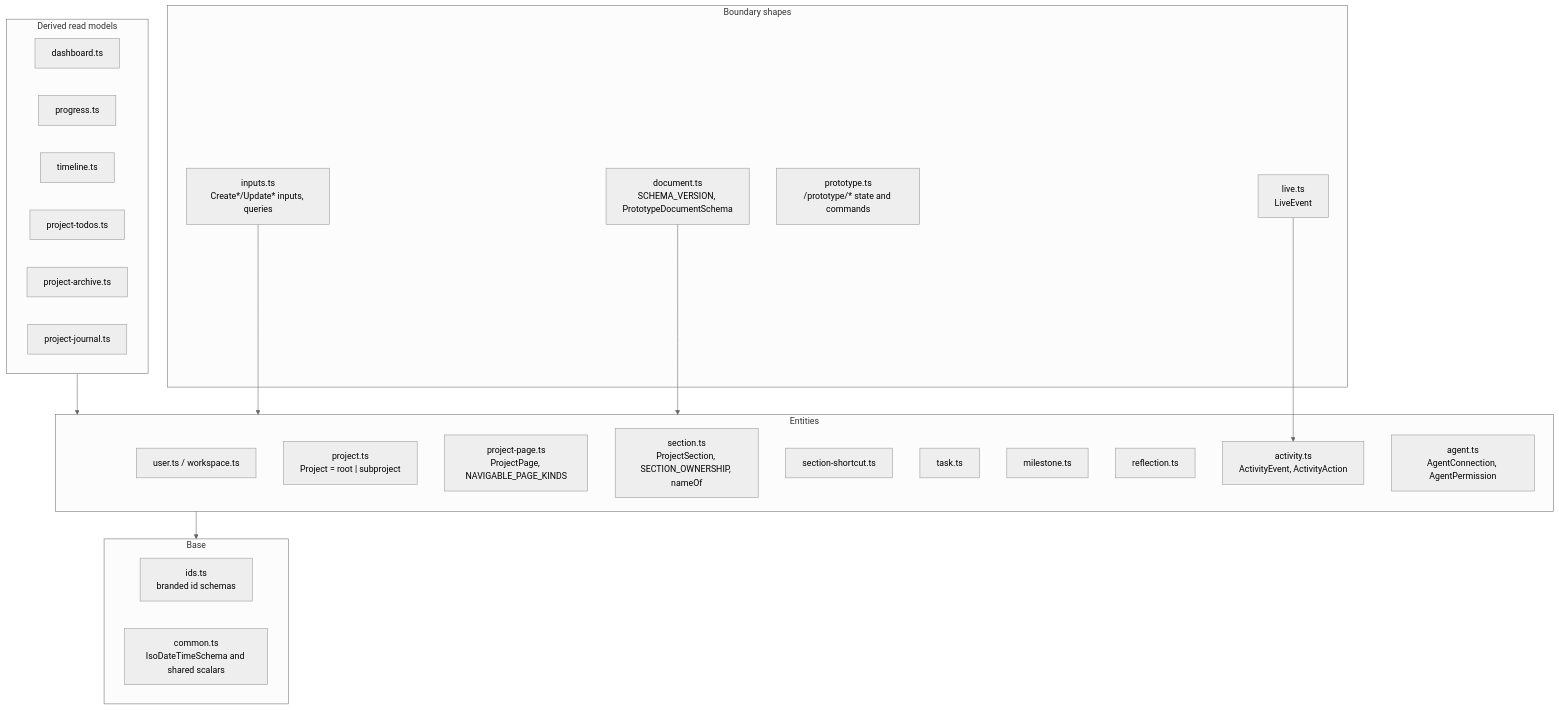
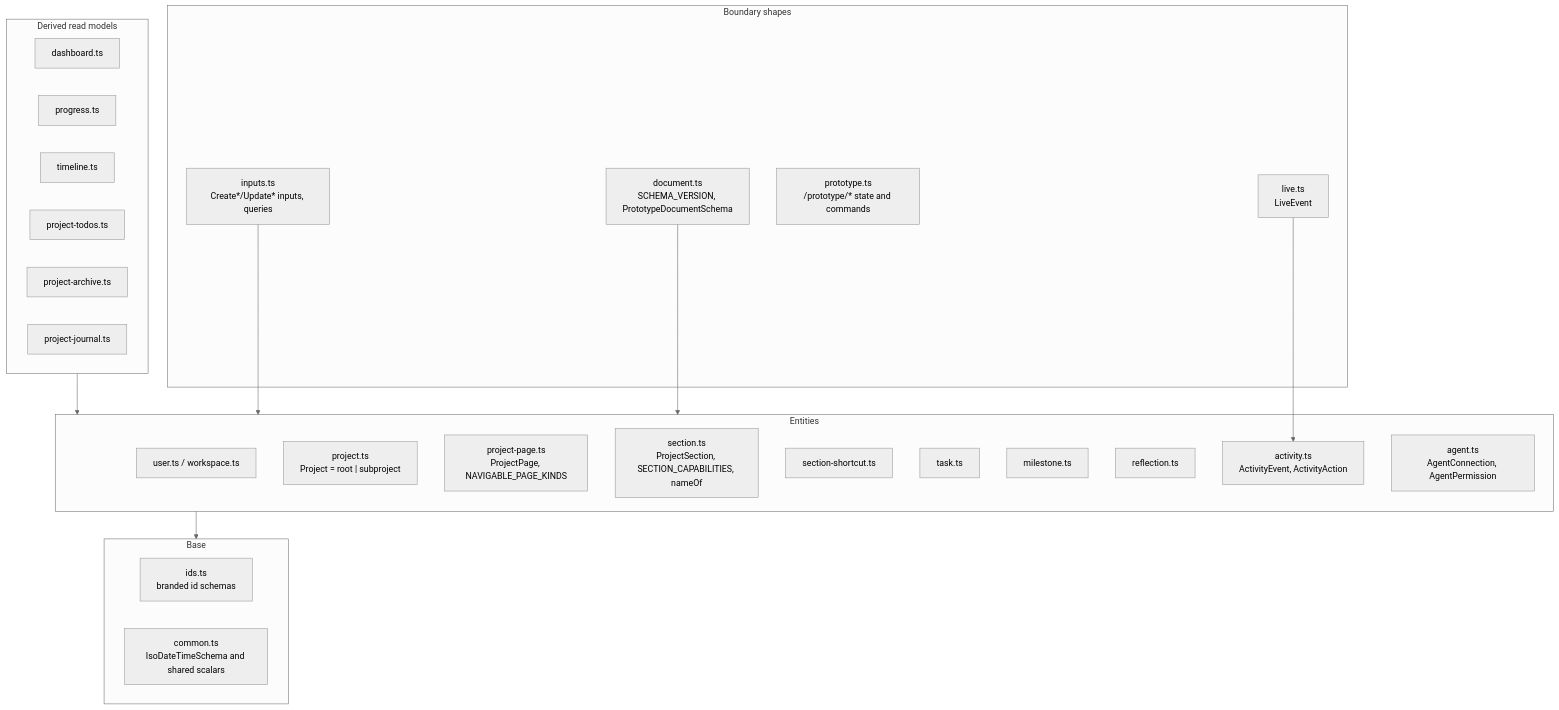
One commit to CalciteDragon/Canvas-work-manager-prototype changed the first of 2 diagrams in docs/architecture/contracts/what.md. Above: the diagram before and after it, drawn with Mermaid (neutral theme). The commit also changed other lines of this file and 20 other files, not shown here.

Commit message:
docs(29): landed content-oriented Archive in spec §§29-32/54, architecture, guide and decisions

````diff
--- a/docs/architecture/contracts/what.md
+++ b/docs/architecture/contracts/what.md
@@ -5,38 +5,38 @@
 ```mermaid
 flowchart TB
   subgraph base["Base"]
     ids["ids.ts<br/>branded id schemas"]
     common["common.ts<br/>IsoDateTimeSchema and shared scalars"]
   end
   subgraph entities["Entities"]
     user["user.ts / workspace.ts"]
     project["project.ts<br/>Project = root | subproject"]
     page["project-page.ts<br/>ProjectPage, NAVIGABLE_PAGE_KINDS"]
-    section["section.ts<br/>ProjectSection, SECTION_OWNERSHIP, nameOf"]
+    section["section.ts<br/>ProjectSection, SECTION_CAPABILITIES, nameOf"]
     shortcut["section-shortcut.ts"]
     task["task.ts"]
     milestone["milestone.ts"]
     reflection["reflection.ts"]
     activity["activity.ts<br/>ActivityEvent, ActivityAction"]
     agent["agent.ts<br/>AgentConnection, AgentPermission"]
   end
   subgraph derived["Derived read models"]
     dashboard["dashboard.ts"]
     progress["progress.ts"]
     timeline["timeline.ts"]
     todos["project-todos.ts"]
     archive["project-archive.ts"]
     journal["project-journal.ts"]
   end
   subgraph boundary["Boundary shapes"]
     inputs["inputs.ts<br/>Create*/Update* inputs, queries"]
     live["live.ts<br/>LiveEvent"]
     prototype["prototype.ts<br/>/prototype/* state and commands"]
     document["document.ts<br/>SCHEMA_VERSION, PrototypeDocumentSchema"]
   end
   entities --> base
   derived --> entities
   inputs --> entities
   live --> activity
   document --> entities
 ```
````
